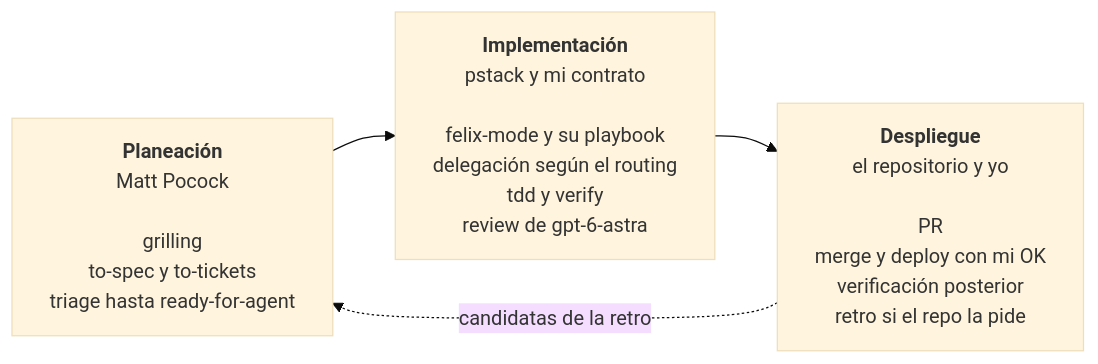
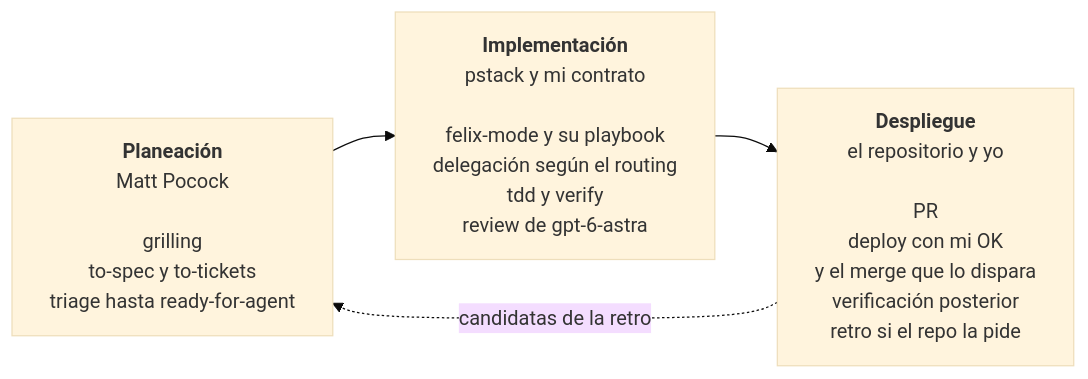
One commit to Cosmonaut-itc/felix-agent-engineering changed the diagram in README.md. Above: the diagram before and after it, drawn with Mermaid (base theme). The commit also changed other lines of this file, not shown here.

Commit message:
docs: matizar el merge del diagrama, la retro y las vías de planeación

````diff
--- a/README.md
+++ b/README.md
@@ -20,13 +20,13 @@
 ```mermaid
 ---
 config:
   flowchart:
     wrappingWidth: 320
 ---
 flowchart LR
   P["<b>Planeación</b><br/>Matt Pocock<br/><br/>grilling<br/>to-spec y to-tickets<br/>triage hasta ready-for-agent"]
   I["<b>Implementación</b><br/>pstack y mi contrato<br/><br/>felix-mode y su playbook<br/>delegación según el routing<br/>tdd y verify<br/>review de gpt-6-astra"]
-  D["<b>Despliegue</b><br/>el repositorio y yo<br/><br/>PR<br/>merge y deploy con mi OK<br/>verificación posterior<br/>retro si el repo la pide"]
+  D["<b>Despliegue</b><br/>el repositorio y yo<br/><br/>PR<br/>deploy con mi OK<br/>y el merge que lo dispara<br/>verificación posterior<br/>retro si el repo la pide"]
   P --> I --> D
   D -.->|candidatas de la retro| P
 ```
````
